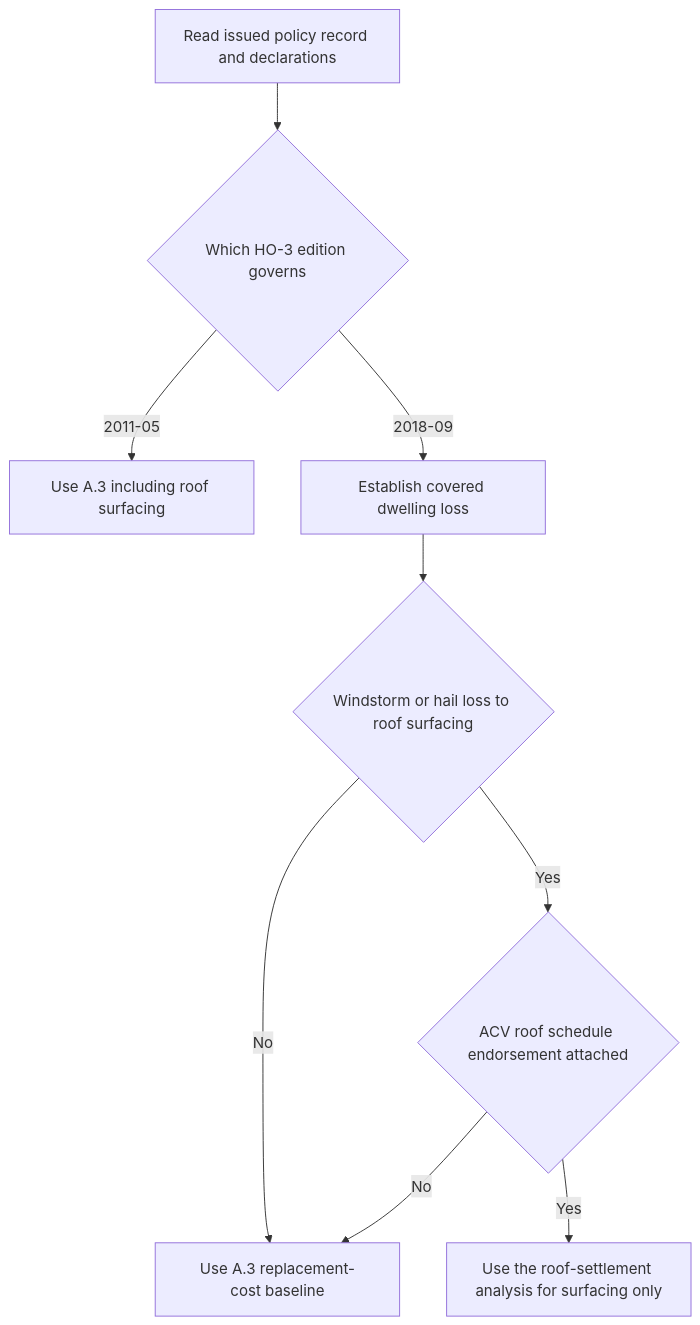
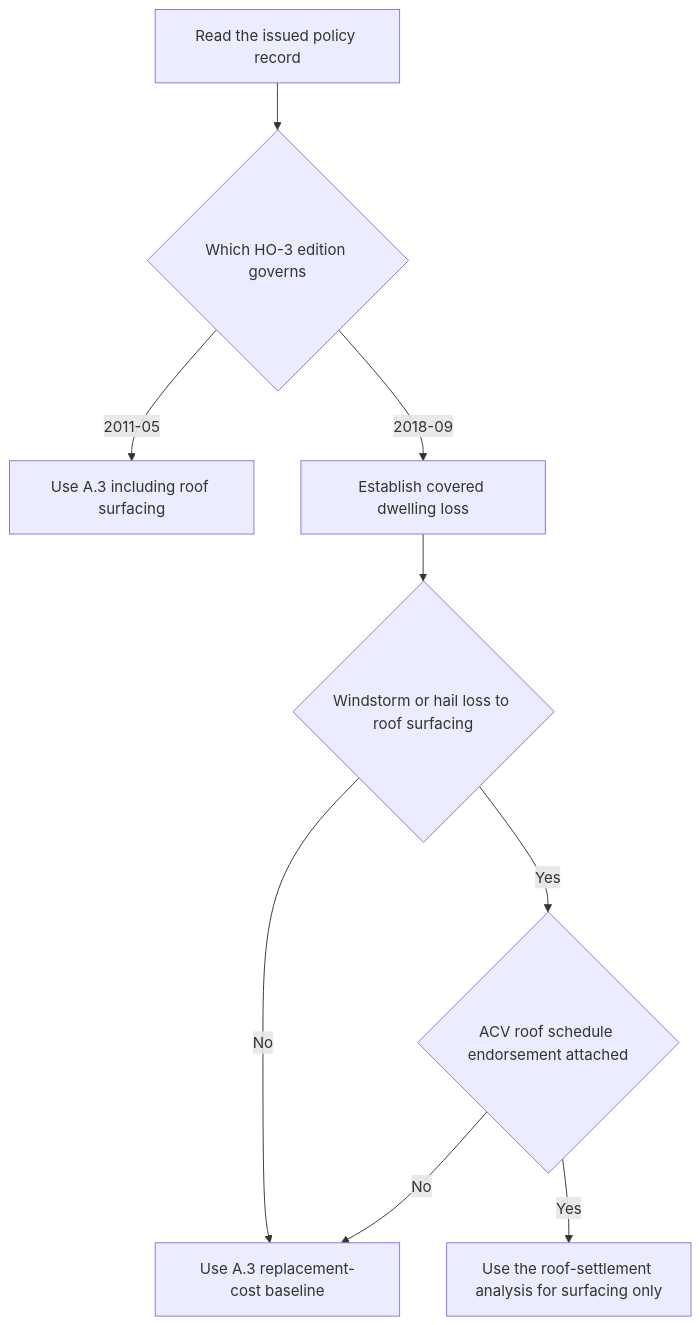
One commit to eugeneliu-86/openwiki-insurance-corpus changed the diagram in openwiki/coverage/coverage-a/dwelling.md. Above: the diagram before and after it, drawn with Mermaid. The commit also changed other lines of this file and 59 other files, not shown here.

````diff
--- a/openwiki/coverage/coverage-a/dwelling.md
+++ b/openwiki/coverage/coverage-a/dwelling.md
@@ -54,11 +40,11 @@
 ```mermaid
 flowchart TD
-    Record["Read issued policy record and declarations"] --> Edition{"Which HO-3 edition governs"}
+    Record["Read the issued policy record"] --> Edition{"Which HO-3 edition governs"}
     Edition -- "2011-05" --> Older["Use A.3 including roof surfacing"]
-    Edition -- "2018-09" --> Covered["Establish covered dwelling loss"]
-    Covered --> Roof{"Windstorm or hail loss to roof surfacing"}
+    Edition -- "2018-09" --> Coverage["Establish covered dwelling loss"]
+    Coverage --> Roof{"Windstorm or hail loss to roof surfacing"}
     Roof -- No --> Baseline["Use A.3 replacement-cost baseline"]
     Roof -- Yes --> Attached{"ACV roof schedule endorsement attached"}
     Attached -- No --> Baseline
     Attached -- Yes --> Route["Use the roof-settlement analysis for surfacing only"]
 ```
````
